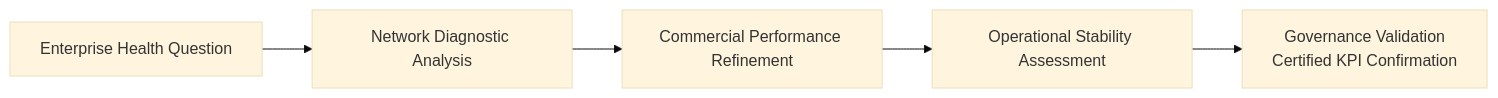
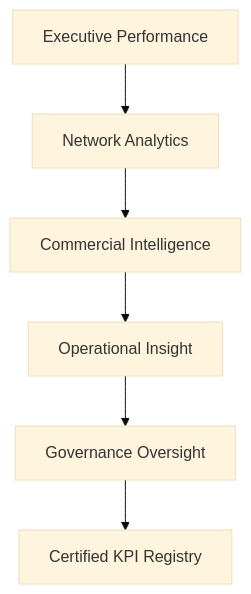
The diagram in README.md (AwesomeAnil/Federated-Insights-Case-Study), drawn with Mermaid (base theme) before and after one commit. The commit also changed other lines of this file, not shown here.

````diff
--- a/README.md
+++ b/README.md
@@ -206,18 +66,21 @@
 ```mermaid
-flowchart LR
+flowchart TB
 
-    EXEC[Enterprise Health Question]
+EXEC[Executive Performance]
 
-    ROUTE[Network Diagnostic Analysis]
+ROUTE[Network Analytics]
 
-    COMM[Commercial Performance Refinement]
+COMM[Commercial Intelligence]
 
-    OPS[Operational Stability Assessment]
+OPS[Operational Insight]
 
-    GOV[Governance Validation<br/>Certified KPI Confirmation]
+GOV[Governance Oversight]
 
-    EXEC --> ROUTE
-    ROUTE --> COMM
-    COMM --> OPS
-    OPS --> GOV
+REG[Certified KPI Registry]
+
+EXEC --> ROUTE
+ROUTE --> COMM
+COMM --> OPS
+OPS --> GOV
+GOV --> REG
 ```
````
